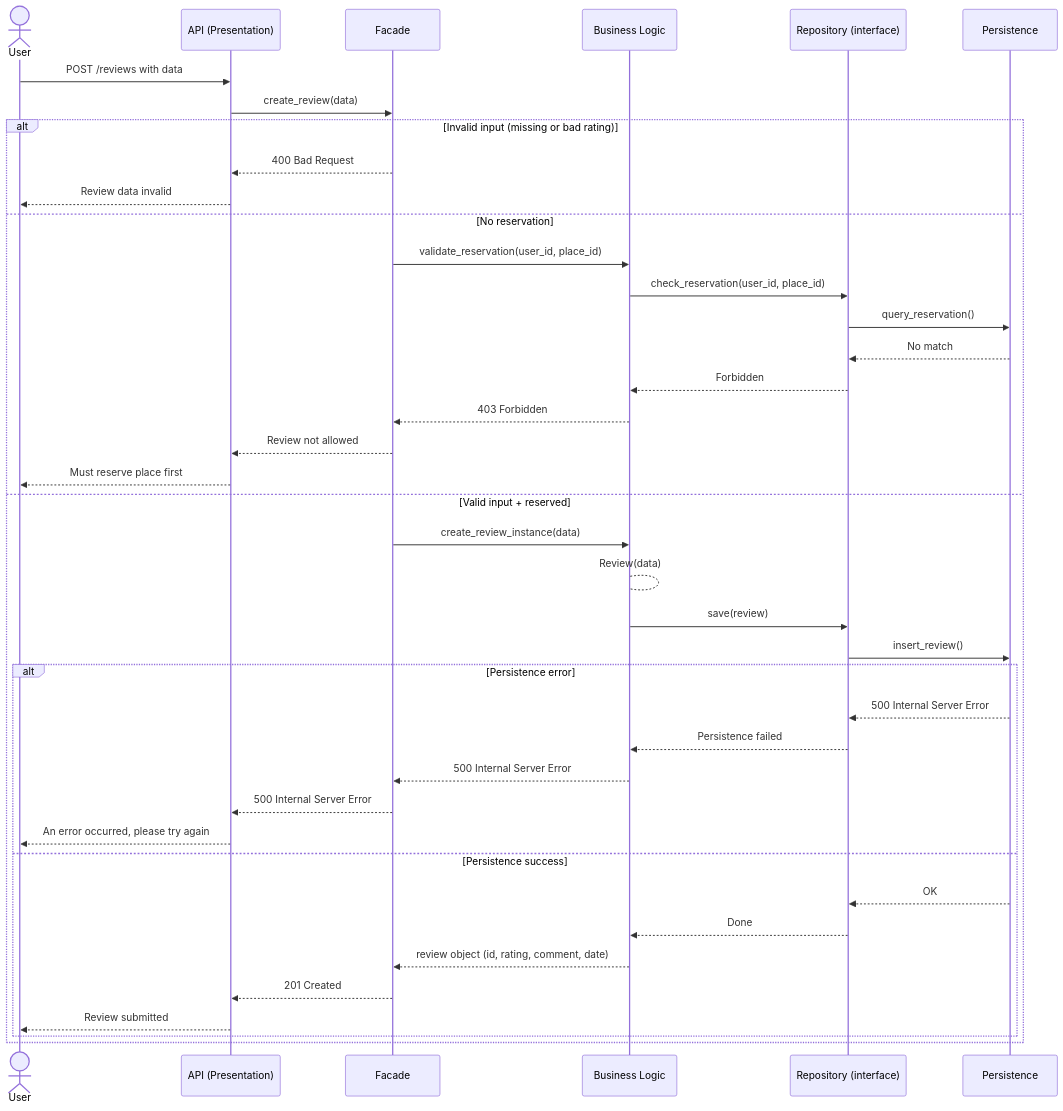
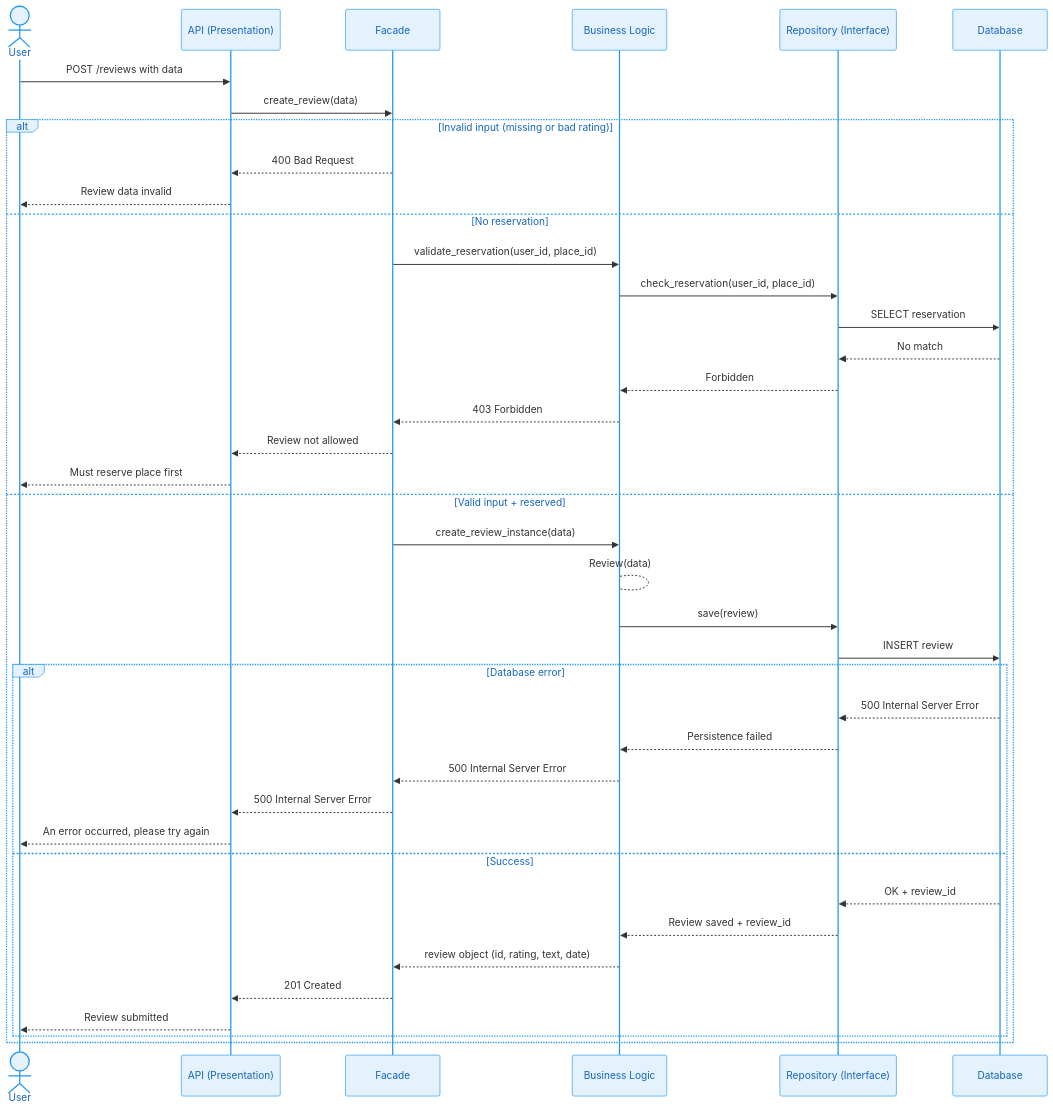
One commit to ValentinDLC/HolbertonSchool-Hbnb changed the third of 4 diagrams in Part1/API_Calls_diagrams.md. Above: the diagram before and after it, drawn with Mermaid. The commit also changed other lines of this file, not shown here.

Commit message:
Style: add professional blue/grey theme to sequence diagrams

````diff
--- a/Part1/API_Calls_diagrams.md
+++ b/Part1/API_Calls_diagrams.md
@@ -104,44 +118,51 @@
 ```mermaid
+%%{init: {'theme':'base', 'themeVariables': {
+  'actorBkg':'#E3F2FD',
+  'actorBorder':'#2196F3',
+  'actorTextColor':'#1565C0',
+  'noteBkgColor':'#FFF9C4',
+  'noteBorderColor':'#FBC02D'
+}}}%%
 sequenceDiagram
     actor User
     participant API as API (Presentation)
-    participant Facade
+    participant Facade as Facade
     participant Logic as Business Logic
-    participant Repo as Repository (interface)
-    participant DB as Persistence
+    participant Repository as Repository (Interface)
+    participant Database as Database
 
     User ->> API: POST /reviews with data
     API ->> Facade: create_review(data)
 
     alt Invalid input (missing or bad rating)
         Facade -->> API: 400 Bad Request
         API -->> User: Review data invalid
     else No reservation
         Facade ->> Logic: validate_reservation(user_id, place_id)
-        Logic ->> Repo: check_reservation(user_id, place_id)
-        Repo ->> DB: query_reservation()
-        DB -->> Repo: No match
-        Repo -->> Logic: Forbidden
+        Logic ->> Repository: check_reservation(user_id, place_id)
+        Repository ->> Database: SELECT reservation
+        Database -->> Repository: No match
+        Repository -->> Logic: Forbidden
         Logic -->> Facade: 403 Forbidden
         Facade -->> API: Review not allowed
         API -->> User: Must reserve place first
     else Valid input + reserved
         Facade ->> Logic: create_review_instance(data)
-        Logic --> Logic: Review(data)  # Création de l'instance
-        Logic ->> Repo: save(review)
-        Repo ->> DB: insert_review()
-        alt Persistence error
-            DB -->> Repo: 500 Internal Server Error
-            Repo -->> Logic: Persistence failed
+        Logic --> Logic: Review(data)
+        Logic ->> Repository: save(review)
+        Repository ->> Database: INSERT review
+        alt Database error
+            Database -->> Repository: 500 Internal Server Error
+            Repository -->> Logic: Persistence failed
             Logic -->> Facade: 500 Internal Server Error
             Facade -->> API: 500 Internal Server Error
             API -->> User: An error occurred, please try again
-        else Persistence success
-            DB -->> Repo: OK
-            Repo -->> Logic: Done
-            Logic -->> Facade: review object (id, rating, comment, date)
+        else Success
+            Database -->> Repository: OK + review_id
+            Repository -->> Logic: Review saved + review_id
+            Logic -->> Facade: review object (id, rating, text, date)
             Facade -->> API: 201 Created
             API -->> User: Review submitted
         end
     end
 ```
````
